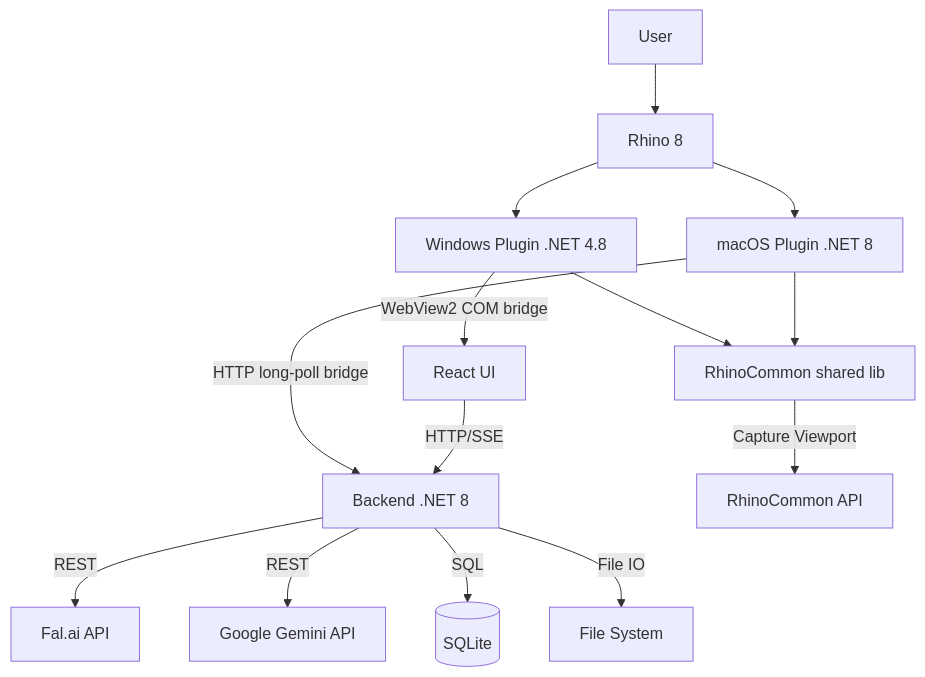
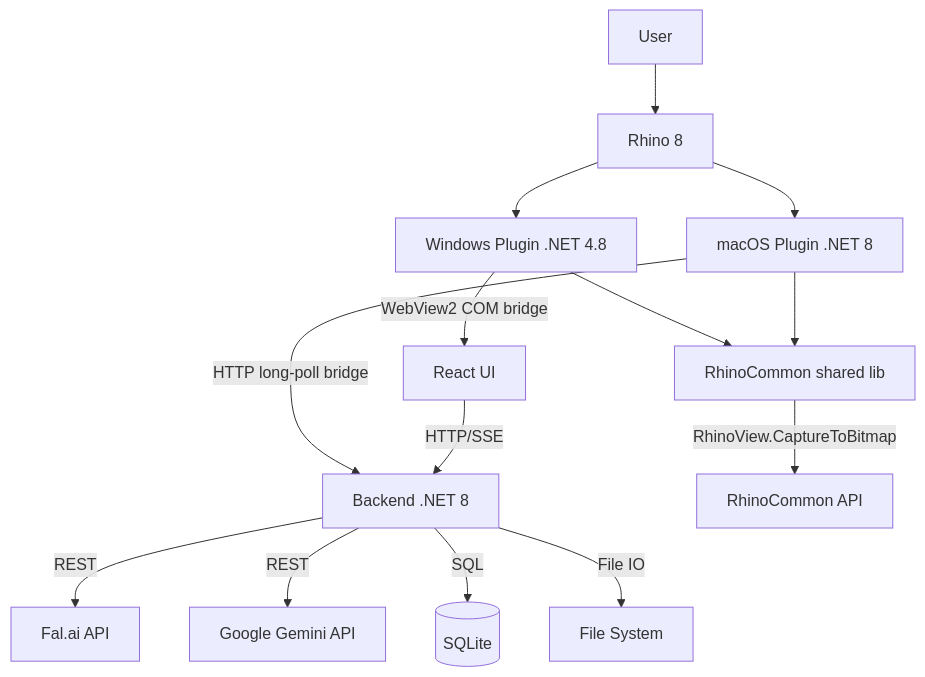
One commit to Bochyn/AI-Image-Studio changed the diagram in docs/api/architecture.md. Above: the diagram before and after it, drawn with Mermaid. The commit also changed other lines of this file and 32 other files, not shown here.

````diff
--- a/docs/api/architecture.md
+++ b/docs/api/architecture.md
@@ -7,17 +7,17 @@
 ```mermaid
 graph TD
     User[User] --> Rhino[Rhino 8]
     Rhino --> WinPlugin[Windows Plugin .NET 4.8]
     Rhino --> MacPlugin[macOS Plugin .NET 8]
     WinPlugin -- WebView2 COM bridge --> UI[React UI]
     MacPlugin -- HTTP long-poll bridge --> Backend[Backend .NET 8]
     WinPlugin --> RhinoCommon[RhinoCommon shared lib]
     MacPlugin --> RhinoCommon
-    RhinoCommon -- Capture Viewport --> RhinoAPI[RhinoCommon API]
+    RhinoCommon -- RhinoView.CaptureToBitmap --> RhinoAPI[RhinoCommon API]
 
     UI -- HTTP/SSE --> Backend
     Backend -- REST --> FalAI[Fal.ai API]
     Backend -- REST --> Gemini[Google Gemini API]
     Backend -- SQL --> DB[(SQLite)]
     Backend -- File IO --> Storage[File System]
 ```
````
